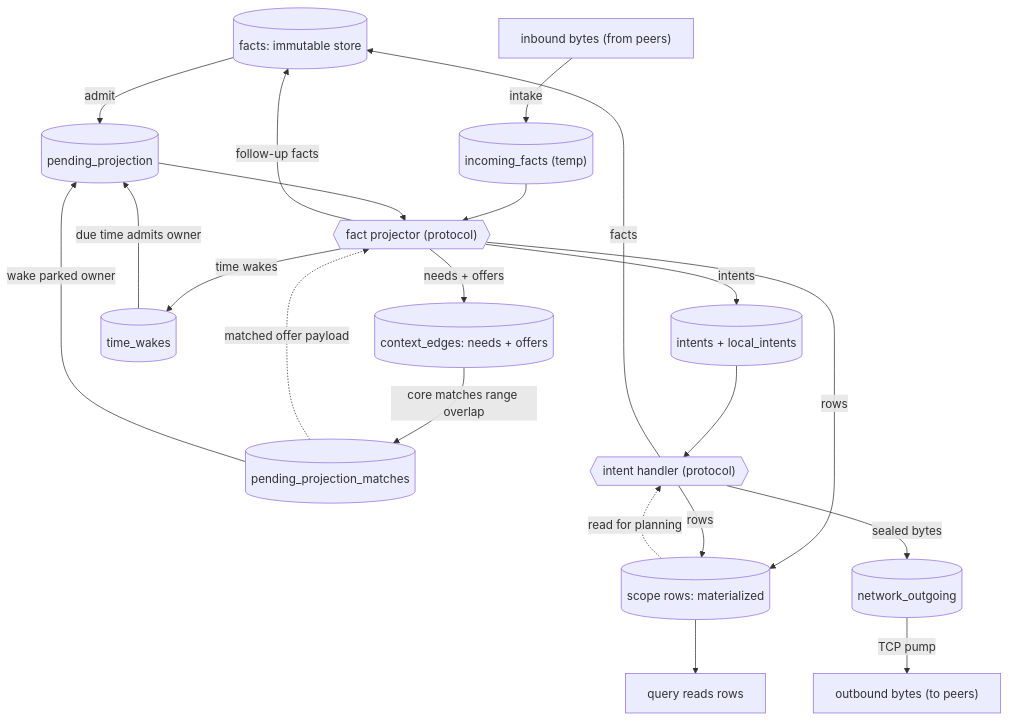
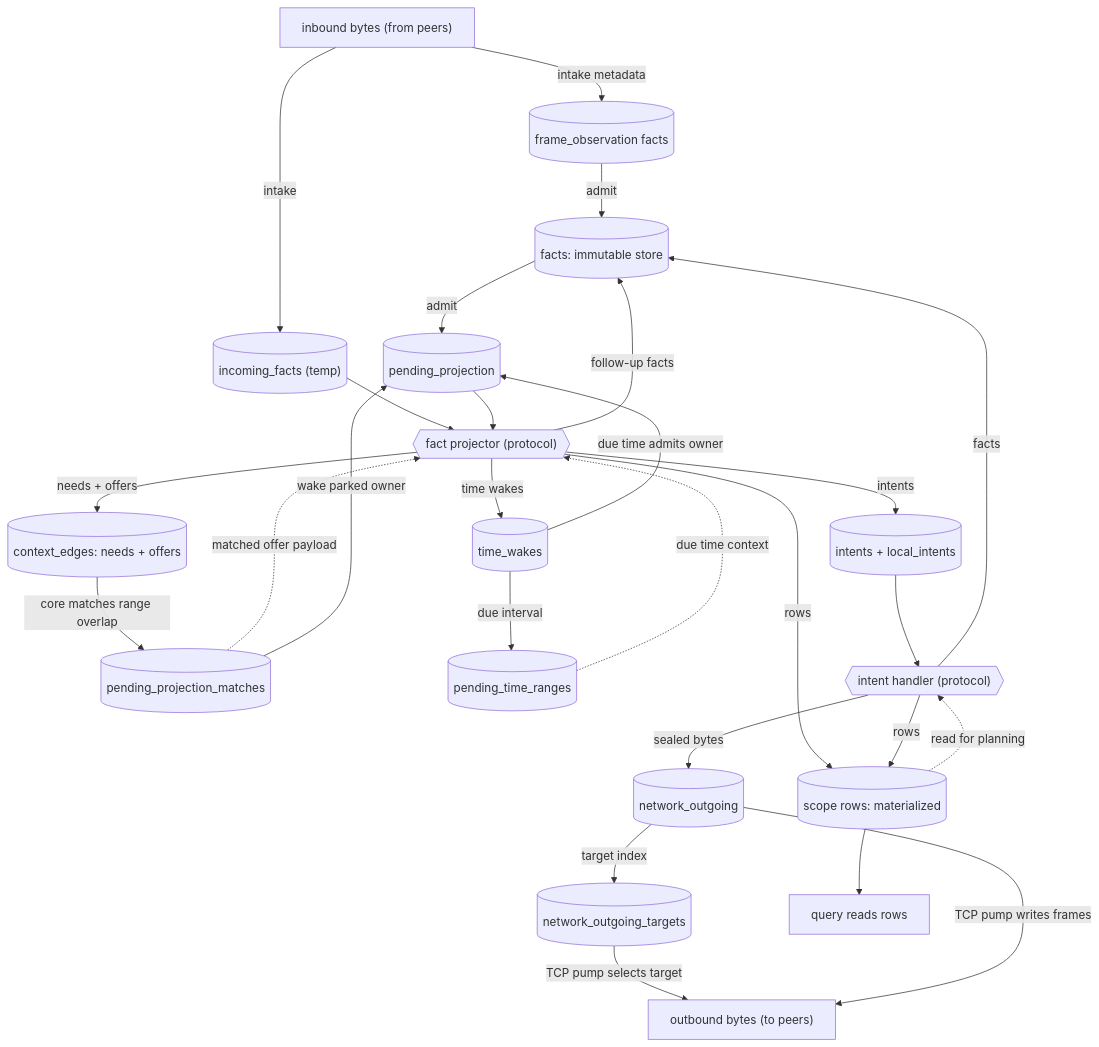
One commit to holmesworcester/poc-10 changed the first of 5 diagrams in ARCHITECTURE_DIAGRAMS.md. Above: the diagram before and after it, drawn with Mermaid. The commit also changed other lines of this file and 14 other files, not shown here.

Commit message:
docs: correct architecture diagrams and context naming

````diff
--- a/ARCHITECTURE_DIAGRAMS.md
+++ b/ARCHITECTURE_DIAGRAMS.md
@@ -60,43 +77,52 @@
 ```mermaid
 %%{init: {"flowchart": {"wrappingWidth": 300}} }%%
 flowchart TD
     FACTS[("facts: immutable store")]
     PENDING[("pending_projection")]
     NETIN["inbound bytes (from peers)"]
     INCOMING[("incoming_facts (temp)")]
+    OBS[("frame_observation facts")]
     PROJECTOR{{"fact projector (protocol)"}}
     CONTEXT[("context_edges: needs + offers")]
     MATCHES[("pending_projection_matches")]
+    TIME_CTX[("pending_time_ranges")]
     WAKES[("time_wakes")]
     INTENTS[("intents + local_intents")]
     HANDLER{{"intent handler (protocol)"}}
     OUT[("network_outgoing")]
+    TARGETS[("network_outgoing_targets")]
     NETOUT["outbound bytes (to peers)"]
     ROWS[("scope rows: materialized")]
     QUERY["query reads rows"]
 
     NETIN -->|intake| INCOMING
+    NETIN -->|intake metadata| OBS
+    OBS -->|admit| FACTS
     FACTS -->|admit| PENDING
     INCOMING --> PROJECTOR
     PENDING --> PROJECTOR
     MATCHES -.matched offer payload.-> PROJECTOR
+    TIME_CTX -.due time context.-> PROJECTOR
 
     PROJECTOR -->|needs + offers| CONTEXT
     PROJECTOR -->|time wakes| WAKES
     PROJECTOR -->|intents| INTENTS
     PROJECTOR -->|follow-up facts| FACTS
     PROJECTOR -->|rows| ROWS
 
     CONTEXT -->|core matches range overlap| MATCHES
     MATCHES -->|wake parked owner| PENDING
     WAKES -->|due time admits owner| PENDING
+    WAKES -->|due interval| TIME_CTX
 
     INTENTS --> HANDLER
     HANDLER -->|facts| FACTS
     HANDLER -->|rows| ROWS
     HANDLER -->|sealed bytes| OUT
 
-    OUT -->|TCP pump| NETOUT
+    OUT -->|target index| TARGETS
+    TARGETS -->|TCP pump selects target| NETOUT
+    OUT -->|TCP pump writes frames| NETOUT
     ROWS --> QUERY
     ROWS -.read for planning.-> HANDLER
 ```
````
